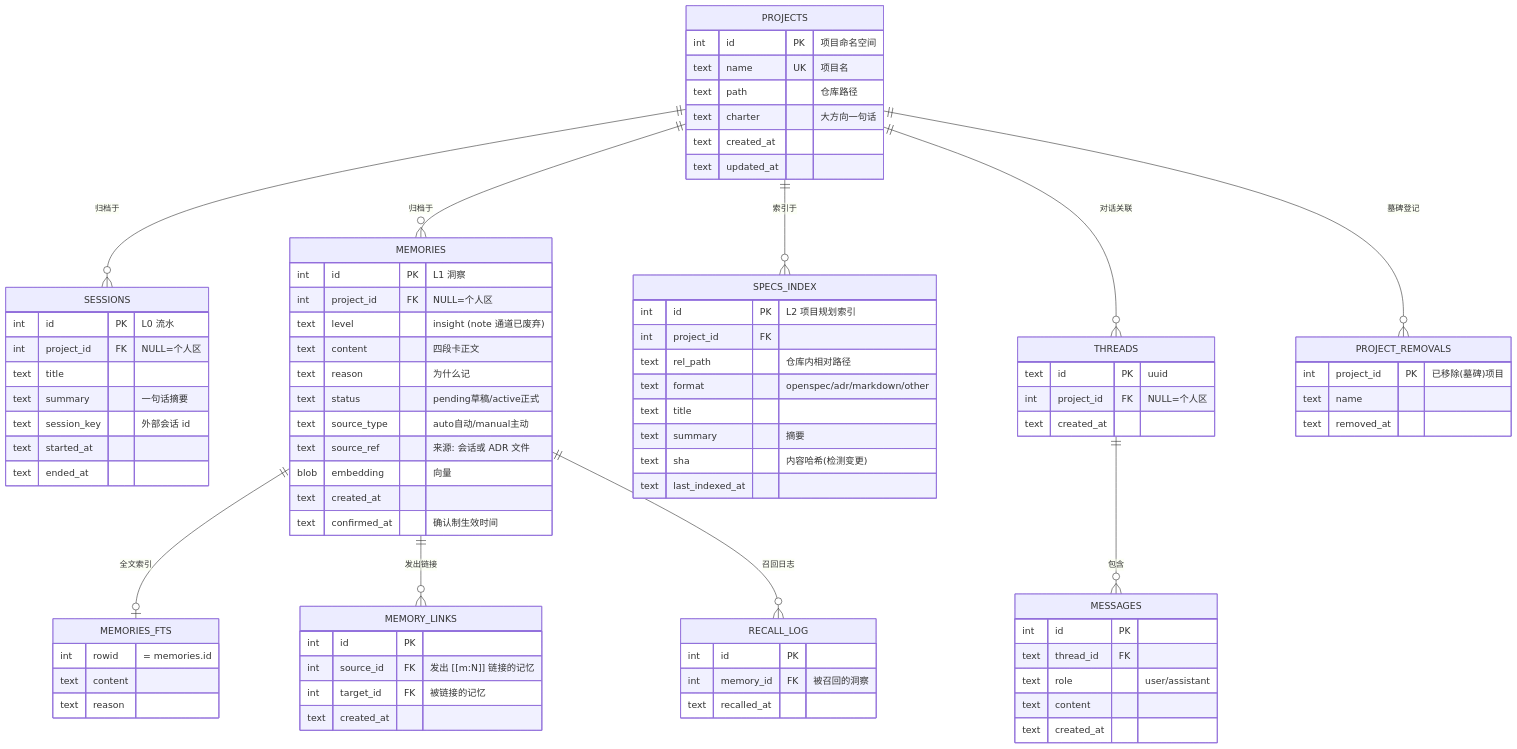
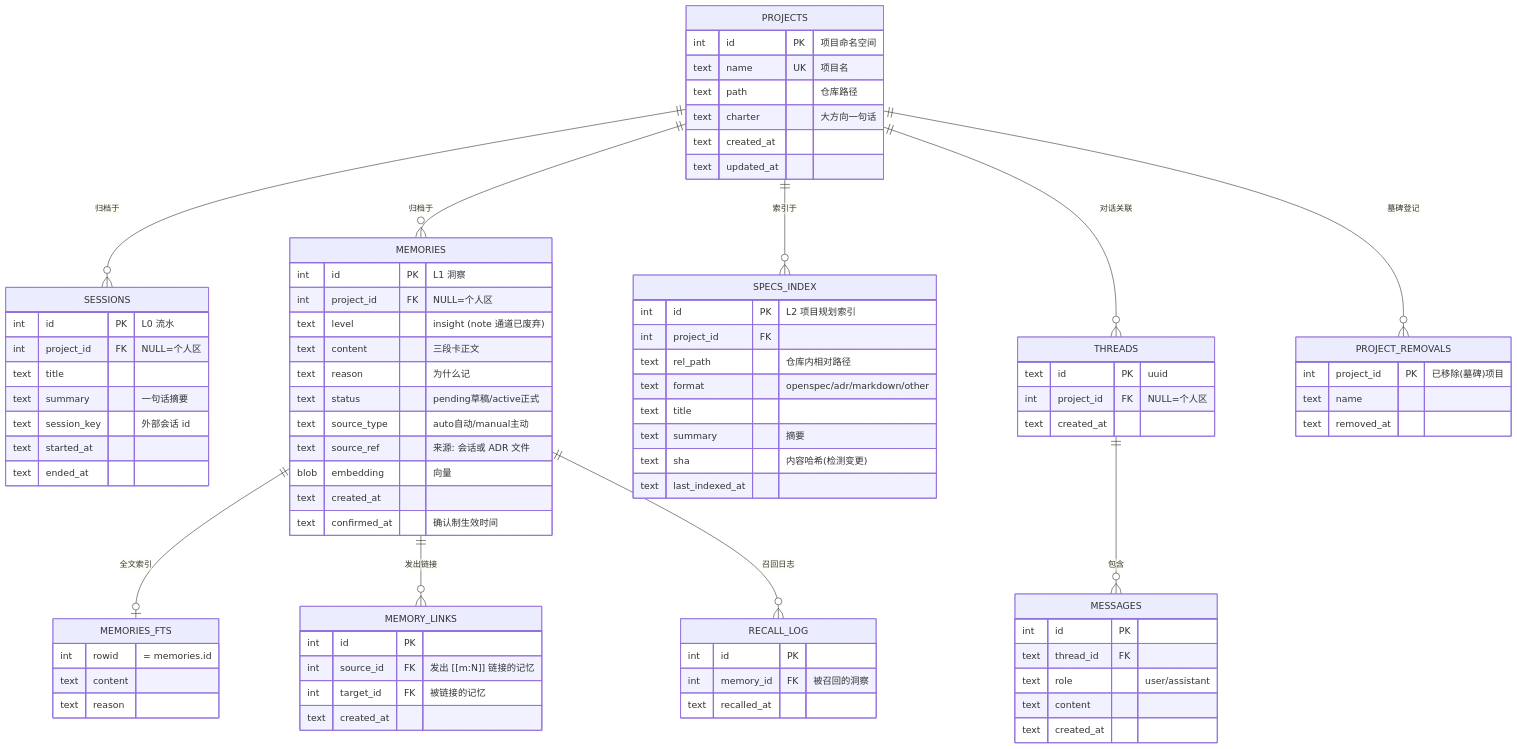
One commit to ljzRober/L-clone changed the first of 5 diagrams in docs/CONCEPTS.md. Above: the diagram before and after it, drawn with Mermaid. The commit also changed other lines of this file and 9 other files, not shown here.

```diff
--- a/docs/CONCEPTS.md
+++ b/docs/CONCEPTS.md
@@ -207,7 +207,7 @@
         int id PK "L1 洞察"
         int project_id FK "NULL=个人区"
         text level "insight (note 通道已废弃)"
-        text content "四段卡正文"
+        text content "三段卡正文"
         text reason "为什么记"
         text status "pending草稿/active正式"
         text source_type "auto自动/manual主动"
```
